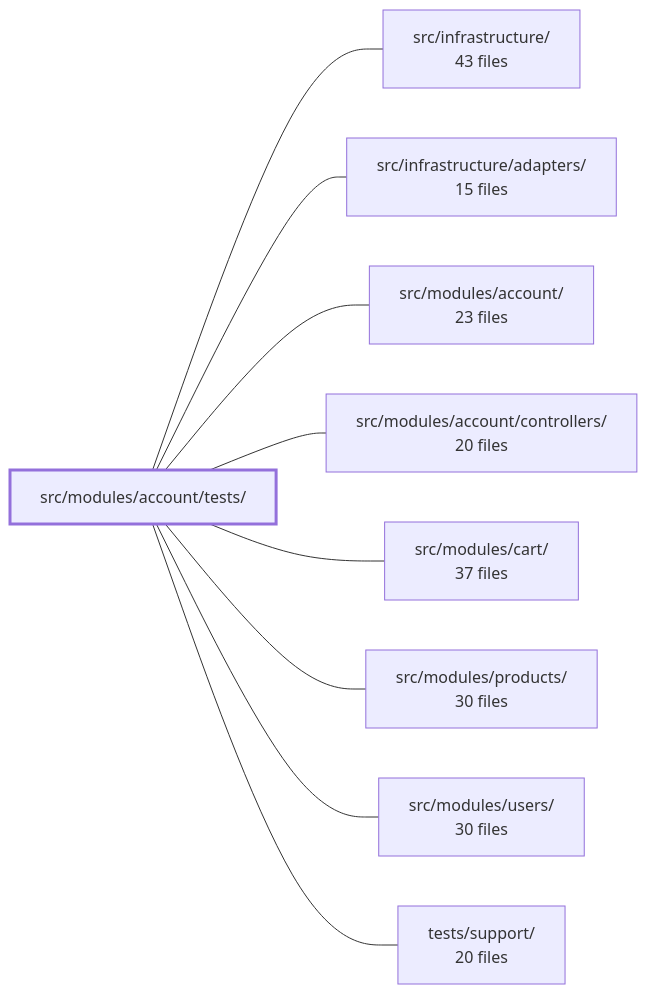
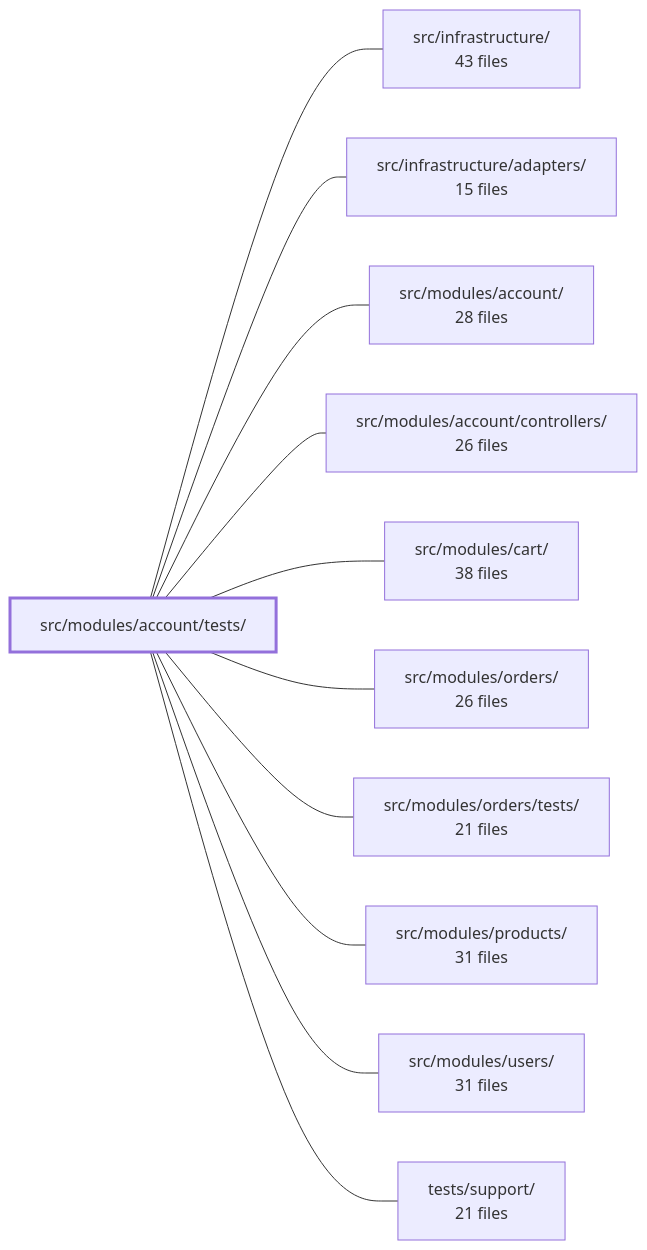
One commit to Guebbit/boilerplate-node-backend changed the diagram in .2repo/modules/boilerplate-node-backend_src_modules_account_tests.md. Above: the diagram before and after it, drawn with Mermaid. The commit also changed other lines of this file and 302 other files, not shown here.

First line of the commit message:
chore(2repo): refresh repo context, wiki, and architecture snapshots

````diff
--- a/.2repo/modules/boilerplate-node-backend_src_modules_account_tests.md
+++ b/.2repo/modules/boilerplate-node-backend_src_modules_account_tests.md
@@ -44,21 +49,25 @@
 ```mermaid
 flowchart LR
     m_src_modules_account_tests["src/modules/account/tests/"]
     m_src_infrastructure["src/infrastructure/<br/>43 files"]
     m_src_infrastructure_adapters["src/infrastructure/adapters/<br/>15 files"]
-    m_src_modules_account["src/modules/account/<br/>23 files"]
-    m_src_modules_account_controllers["src/modules/account/controllers/<br/>20 files"]
-    m_src_modules_cart["src/modules/cart/<br/>37 files"]
-    m_src_modules_products["src/modules/products/<br/>30 files"]
-    m_src_modules_users["src/modules/users/<br/>30 files"]
-    m_tests_support["tests/support/<br/>20 files"]
+    m_src_modules_account["src/modules/account/<br/>28 files"]
+    m_src_modules_account_controllers["src/modules/account/controllers/<br/>26 files"]
+    m_src_modules_cart["src/modules/cart/<br/>38 files"]
+    m_src_modules_orders["src/modules/orders/<br/>26 files"]
+    m_src_modules_orders_tests["src/modules/orders/tests/<br/>21 files"]
+    m_src_modules_products["src/modules/products/<br/>31 files"]
+    m_src_modules_users["src/modules/users/<br/>31 files"]
+    m_tests_support["tests/support/<br/>21 files"]
     m_src_modules_account_tests --- m_src_infrastructure
     m_src_modules_account_tests --- m_src_infrastructure_adapters
     m_src_modules_account_tests --- m_src_modules_account
     m_src_modules_account_tests --- m_src_modules_account_controllers
     m_src_modules_account_tests --- m_src_modules_cart
+    m_src_modules_account_tests --- m_src_modules_orders
+    m_src_modules_account_tests --- m_src_modules_orders_tests
     m_src_modules_account_tests --- m_src_modules_products
     m_src_modules_account_tests --- m_src_modules_users
     m_src_modules_account_tests --- m_tests_support
     style m_src_modules_account_tests stroke-width:3px
 ```
````
